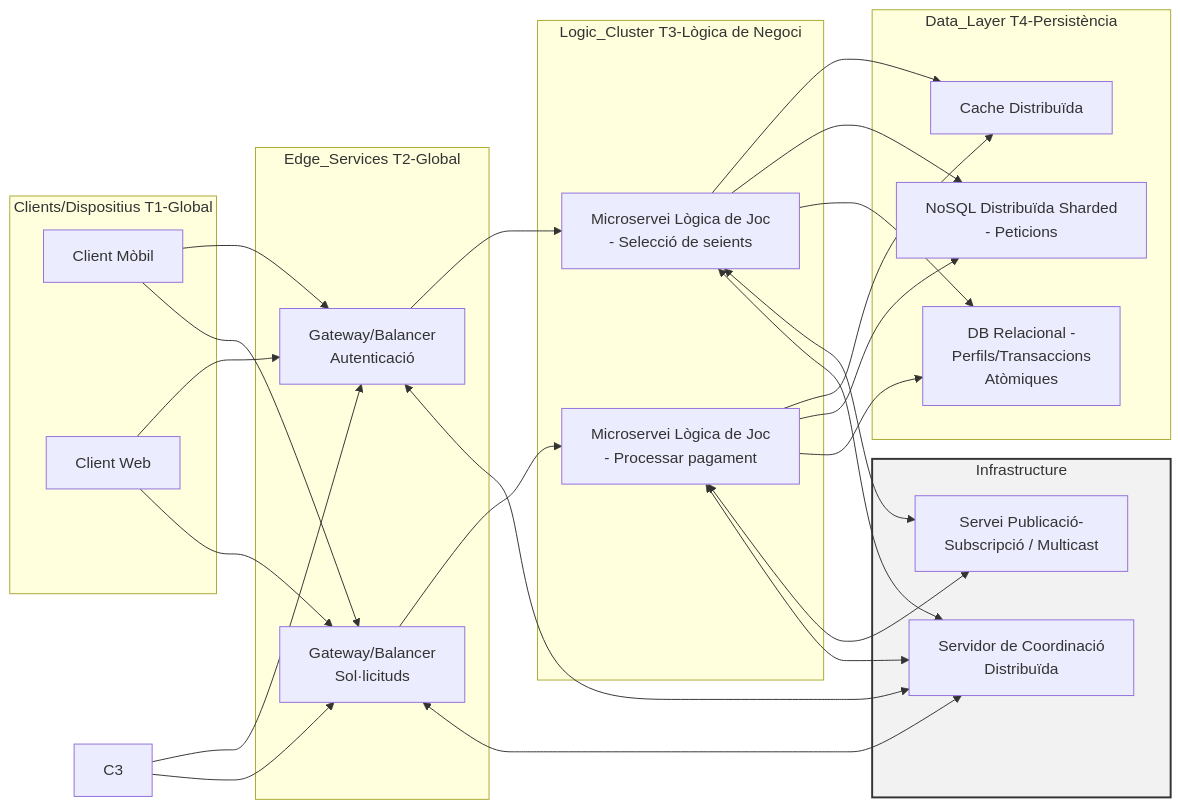
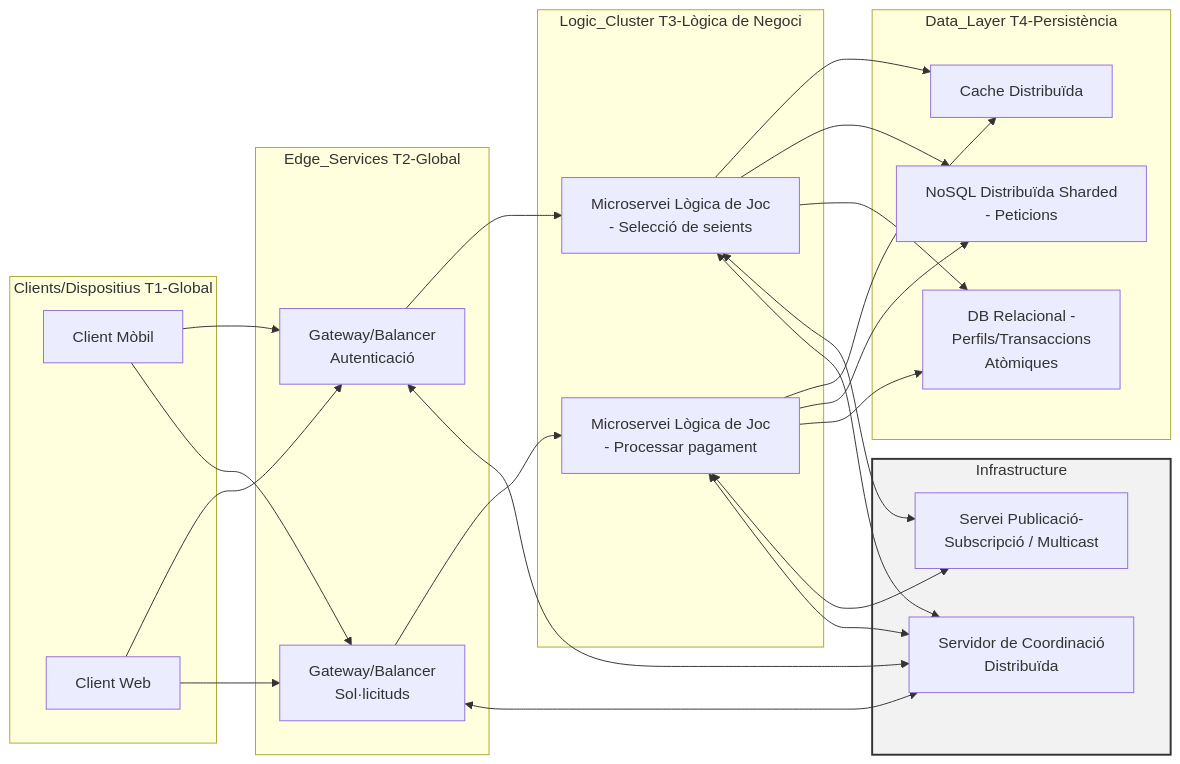
Before and after one commit to abolance/LocalizaMe: the diagram in PAC1_Ex3.md, drawn with Mermaid.

````diff
--- a/PAC1_Ex3.md
+++ b/PAC1_Ex3.md
@@ -1,46 +1,47 @@
 ```mermaid
 graph LR
     subgraph Clients/Dispositius T1-Global
         C1["Client Mòbil"]
         C2["Client Web"]
     end
 
     subgraph Edge_Services T2-Global
         G1["Gateway/Balancer<br>Autenticació"]
         G2["Gateway/Balancer<br>Sol·licituds"]
     end
 
     subgraph Logic_Cluster T3-Lògica de Negoci
         LGA["Microservei Lògica de Joc<br>- Selecció de seients"]
         LGB["Microservei Lògica de Joc<br>- Processar pagament"]
     end
     
     subgraph Infrastructure
         style Infrastructure fill:#f2f2f2,stroke:#333,stroke-width:2px
         PSB["Servei Publicació-<br>Subscripció / Multicast"]
         COORD["Servidor de Coordinació<br>Distribuïda"]
     end
 
     subgraph Data_Layer T4-Persistència
         DCACHE["Cache Distribuïda"]
         DDB["NoSQL Distribuïda Sharded<br>- Peticions"]
         RDB["DB Relacional -<br>Perfils/Transaccions<br>Atòmiques"]
     end
 
     %% --- Conexiones del Flujo Principal ---
-    C1 & C2 & C3 --> G1
-    C1 & C2 & C3 --> G2
+    C1 & C2 --> G1
+    C1 & C2 --> G2
     
     G1 --> LGA
     G2 --> LGB
     
     LGA --> DCACHE & DDB & RDB
     LGB --> DCACHE & DDB & RDB
 
     %% --- Conexiones con la Infraestructura ---
     LGA <--> PSB
     LGB <--> PSB
     
     G1 & G2 <--> COORD
     LGA & LGB <--> COORD
+
 ```
````
